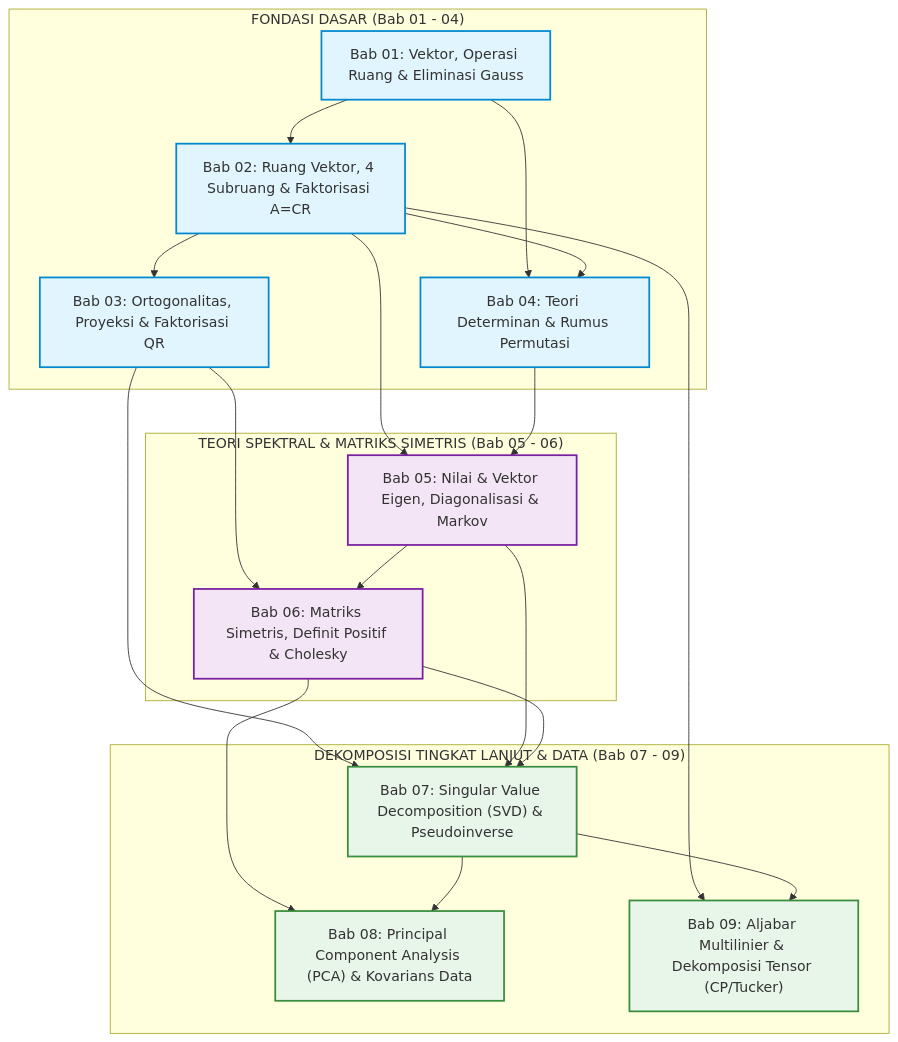
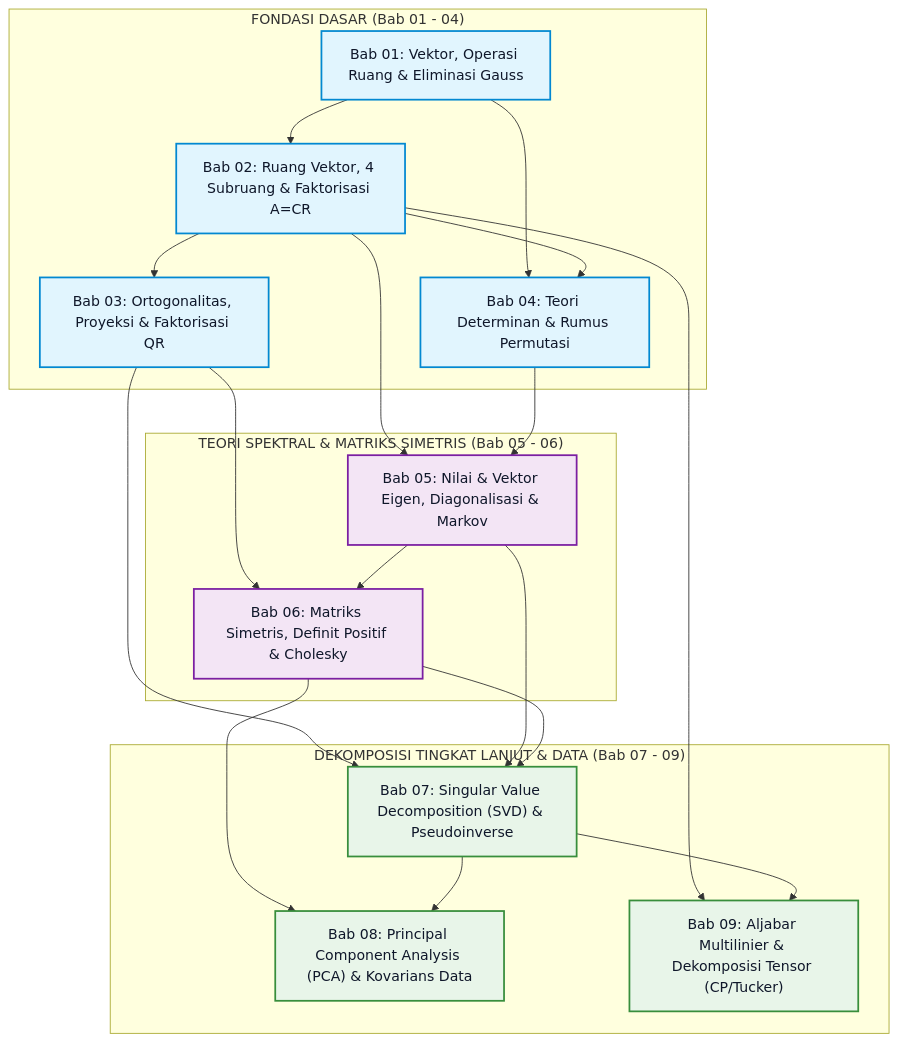
Before and after one commit to Rizki2204/ultimate-learning-paths: the first of 2 diagrams in curriculum/01-fondasi-matematika/011-aljabar-linier-teori-matriks/README.md, drawn with Mermaid. The commit also changed other lines of this file and 13 other files, not shown here.

First line of the commit message:
fix(pilot-011): standardize GitHub Markdown math rendering and mermaid contrast

````diff
--- a/curriculum/01-fondasi-matematika/011-aljabar-linier-teori-matriks/README.md
+++ b/curriculum/01-fondasi-matematika/011-aljabar-linier-teori-matriks/README.md
@@ -176,50 +189,50 @@
 ```mermaid
 flowchart TD
     subgraph CoreFoundations ["FONDASI DASAR (Bab 01 - 04)"]
         Sub01["Bab 01: Vektor, Operasi Ruang & Eliminasi Gauss"]
         Sub02["Bab 02: Ruang Vektor, 4 Subruang & Faktorisasi A=CR"]
         Sub03["Bab 03: Ortogonalitas, Proyeksi & Faktorisasi QR"]
         Sub04["Bab 04: Teori Determinan & Rumus Permutasi"]
     end
 
     subgraph SpectralTheory ["TEORI SPEKTRAL & MATRIKS SIMETRIS (Bab 05 - 06)"]
         Sub05["Bab 05: Nilai & Vektor Eigen, Diagonalisasi & Markov"]
         Sub06["Bab 06: Matriks Simetris, Definit Positif & Cholesky"]
     end
 
     subgraph AdvancedDecompositions ["DEKOMPOSISI TINGKAT LANJUT & DATA (Bab 07 - 09)"]
         Sub07["Bab 07: Singular Value Decomposition (SVD) & Pseudoinverse"]
         Sub08["Bab 08: Principal Component Analysis (PCA) & Kovarians Data"]
         Sub09["Bab 09: Aljabar Multilinier & Dekomposisi Tensor (CP/Tucker)"]
     end
 
     %% Dependencies
     Sub01 --> Sub02
     Sub02 --> Sub03
     Sub01 --> Sub04
     Sub02 --> Sub04
 
     Sub02 --> Sub05
     Sub04 --> Sub05
 
     Sub03 --> Sub06
     Sub05 --> Sub06
 
     Sub03 --> Sub07
     Sub05 --> Sub07
     Sub06 --> Sub07
 
     Sub06 --> Sub08
     Sub07 --> Sub08
 
     Sub02 --> Sub09
     Sub07 --> Sub09
 
-    classDef foundation fill:#e1f5fe,stroke:#0288d1,stroke-width:2px;
-    classDef spectral fill:#f3e5f5,stroke:#7b1fa2,stroke-width:2px;
-    classDef advanced fill:#e8f5e9,stroke:#388e3c,stroke-width:2px;
+    classDef foundation fill:#e1f5fe,stroke:#0288d1,stroke-width:2px,color:#0f172a;
+    classDef spectral fill:#f3e5f5,stroke:#7b1fa2,stroke-width:2px,color:#0f172a;
+    classDef advanced fill:#e8f5e9,stroke:#388e3c,stroke-width:2px,color:#0f172a;
 
     class Sub01,Sub02,Sub03,Sub04 foundation;
     class Sub05,Sub06 spectral;
     class Sub07,Sub08,Sub09 advanced;
 ```
````
